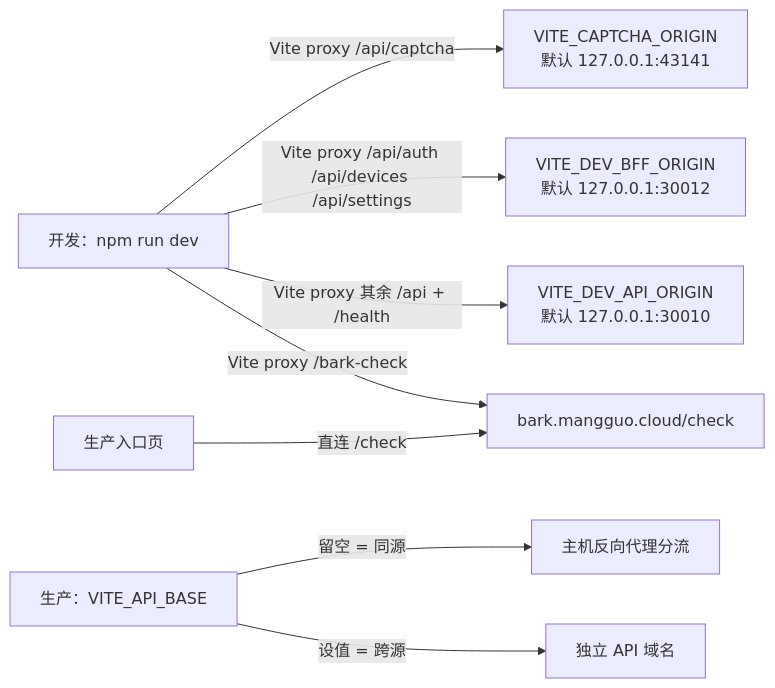
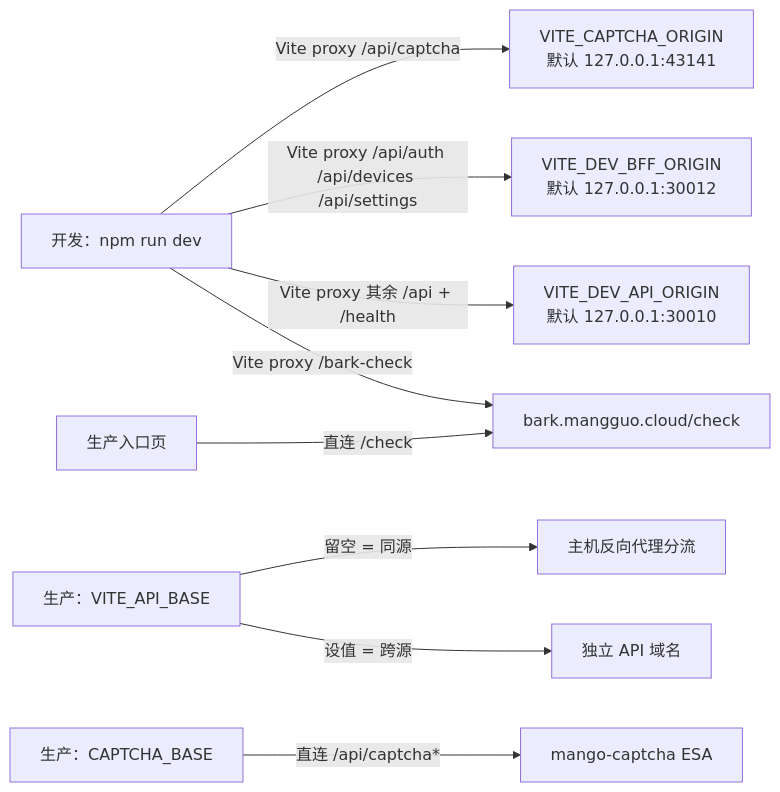
Before and after one commit to luyi2008/disaster-alert-web: the seventh of 8 diagrams in docs/architecture.md, drawn with Mermaid. The commit also changed other lines of this file and 10 other files, not shown here.

First line of the commit message:
feat: send login captcha to CAPTCHA_BASE in production

````diff
--- a/docs/architecture.md
+++ b/docs/architecture.md
@@ -309,10 +309,11 @@
 ```mermaid
 graph LR
     Dev["开发：npm run dev"] -->|"Vite proxy /api/captcha"| DevCaptcha["VITE_CAPTCHA_ORIGIN<br/>默认 127.0.0.1:43141"]
     Dev -->|"Vite proxy /api/auth /api/devices /api/settings"| DevBFF["VITE_DEV_BFF_ORIGIN<br/>默认 127.0.0.1:30012"]
     Dev -->|"Vite proxy 其余 /api + /health"| DevAPI["VITE_DEV_API_ORIGIN<br/>默认 127.0.0.1:30010"]
     Dev -->|"Vite proxy /bark-check"| BarkCheck["bark.mangguo.cloud/check"]
     Prod["生产：VITE_API_BASE"] -->|"留空 = 同源"| Reverse["主机反向代理分流"]
     Prod -->|"设值 = 跨源"| Cross["独立 API 域名"]
+    ProdCaptcha["生产：CAPTCHA_BASE"] -->|"直连 /api/captcha*"| EsaCaptcha["mango-captcha ESA"]
     ProdEntry["生产入口页"] -->|"直连 /check"| BarkCheck
 ```
````
